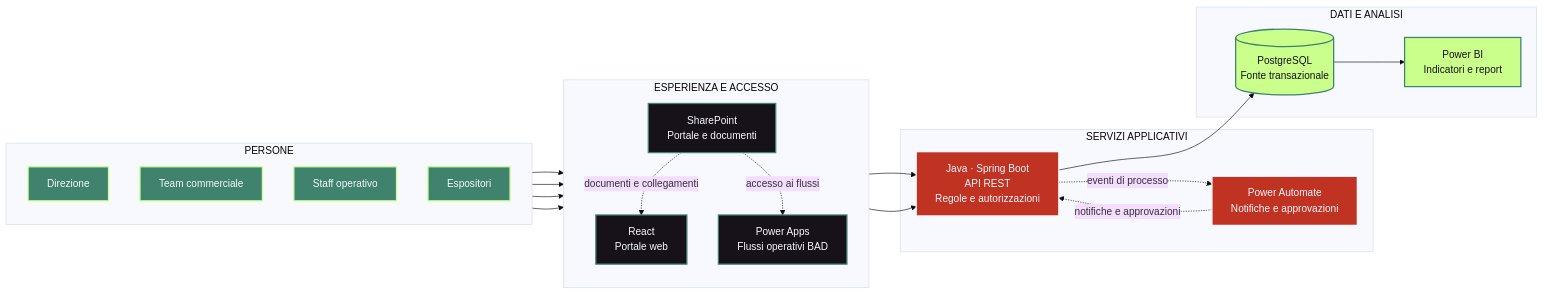
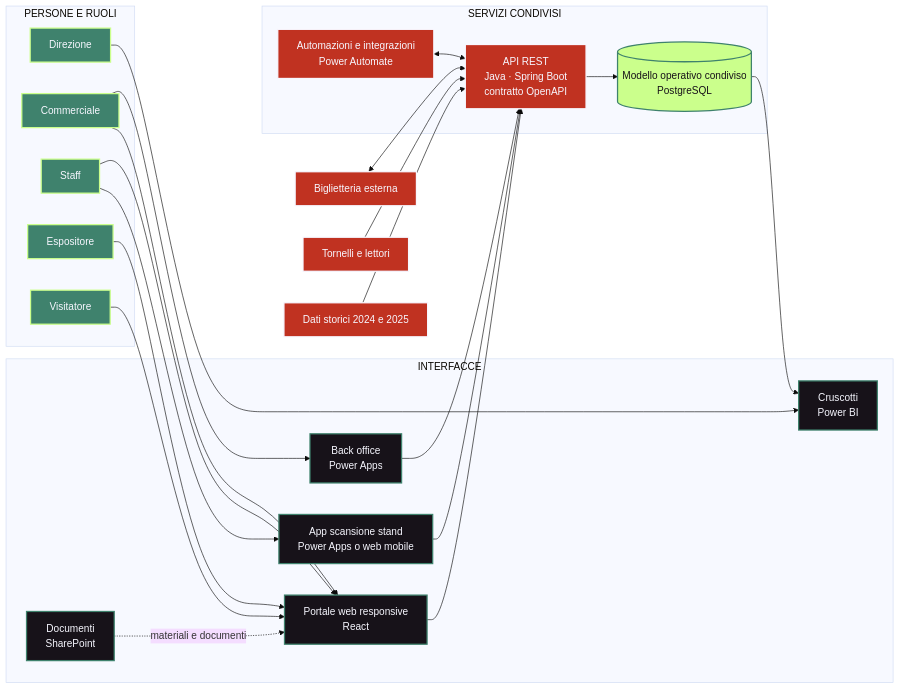
Before and after one commit to stand-up-arcade-milan/Standup-platform: the first of 3 diagrams in README.md, drawn with Mermaid (base theme). The commit also changed other lines of this file and 1 other file, not shown here.

````diff
--- a/README.md
+++ b/README.md
@@ -47,50 +59,55 @@
 ```mermaid
 flowchart LR
-    subgraph persone["PERSONE"]
-        direction TB
-        DIR["Direzione"]
-        COM["Team commerciale"]
-        STA["Staff operativo"]
-        ESP["Espositori"]
+    subgraph persone["PERSONE E RUOLI"]
+        D["Direzione"]
+        C["Commerciale"]
+        S["Staff"]
+        E["Espositore"]
+        V["Visitatore"]
     end
 
-    subgraph accesso["ESPERIENZA E ACCESSO"]
-        direction TB
-        SP["SharePoint<br/>Portale e documenti"]
-        WEB["React<br/>Portale web"]
-        PA["Power Apps<br/>Flussi operativi BAD"]
+    subgraph interfacce["INTERFACCE"]
+        WEB["Portale web responsive<br/>React"]
+        PA["Back office<br/>Power Apps"]
+        SCAN["App scansione stand<br/>Power Apps o web mobile"]
+        BI["Cruscotti<br/>Power BI"]
+        DOC["Documenti<br/>SharePoint"]
     end
 
-    subgraph servizi["SERVIZI APPLICATIVI"]
-        API["Java · Spring Boot<br/>API REST<br/>Regole e autorizzazioni"]
-        AUTO["Power Automate<br/>Notifiche e approvazioni"]
+    subgraph servizi["SERVIZI CONDIVISI"]
+        API["API REST<br/>Java · Spring Boot<br/>contratto OpenAPI"]
+        FLOW["Automazioni e integrazioni<br/>Power Automate"]
+        DB[("Modello operativo condiviso<br/>PostgreSQL")]
     end
 
-    subgraph dati["DATI E ANALISI"]
-        DB[("PostgreSQL<br/>Fonte transazionale")]
-        BI["Power BI<br/>Indicatori e report"]
-    end
+    TICKET["Biglietteria esterna"]
+    TURN["Tornelli e lettori"]
+    HIST["Dati storici 2024 e 2025"]
 
-    DIR --> SP
-    COM --> WEB
-    STA --> PA
-    ESP --> WEB
-    SP -. "documenti e collegamenti" .-> WEB
-    SP -. "accesso ai flussi" .-> PA
+    D --> BI
+    C --> PA
+    C --> WEB
+    S --> WEB
+    S --> SCAN
+    E --> WEB
+    V --> WEB
     WEB --> API
     PA --> API
+    SCAN --> API
     API --> DB
+    FLOW <--> API
     DB --> BI
-    API -. "eventi di processo" .-> AUTO
-    AUTO -. "notifiche e approvazioni" .-> API
+    DOC -. "materiali e documenti" .-> WEB
+    TICKET <--> API
+    TURN --> API
+    HIST --> API
 
     classDef people fill:#3f826d,color:#f7f7ff,stroke:#cbff8c,stroke-width:2px
-    classDef experience fill:#171219,color:#f7f7ff,stroke:#3f826d,stroke-width:2px
-    classDef service fill:#c03221,color:#f7f7ff,stroke:#f7f7ff,stroke-width:2px
-    classDef data fill:#cbff8c,color:#171219,stroke:#3f826d,stroke-width:2px
-
-    class DIR,COM,STA,ESP people
-    class SP,WEB,PA experience
-    class API,AUTO service
-    class DB,BI data
+    classDef ui fill:#171219,color:#f7f7ff,stroke:#3f826d,stroke-width:2px
+    classDef platform fill:#c03221,color:#f7f7ff,stroke:#f7f7ff,stroke-width:2px
+    classDef store fill:#cbff8c,color:#171219,stroke:#3f826d,stroke-width:2px
+    class D,C,S,E,V people
+    class WEB,PA,SCAN,BI,DOC ui
+    class API,FLOW,TICKET,TURN,HIST platform
+    class DB store
 ```
````
